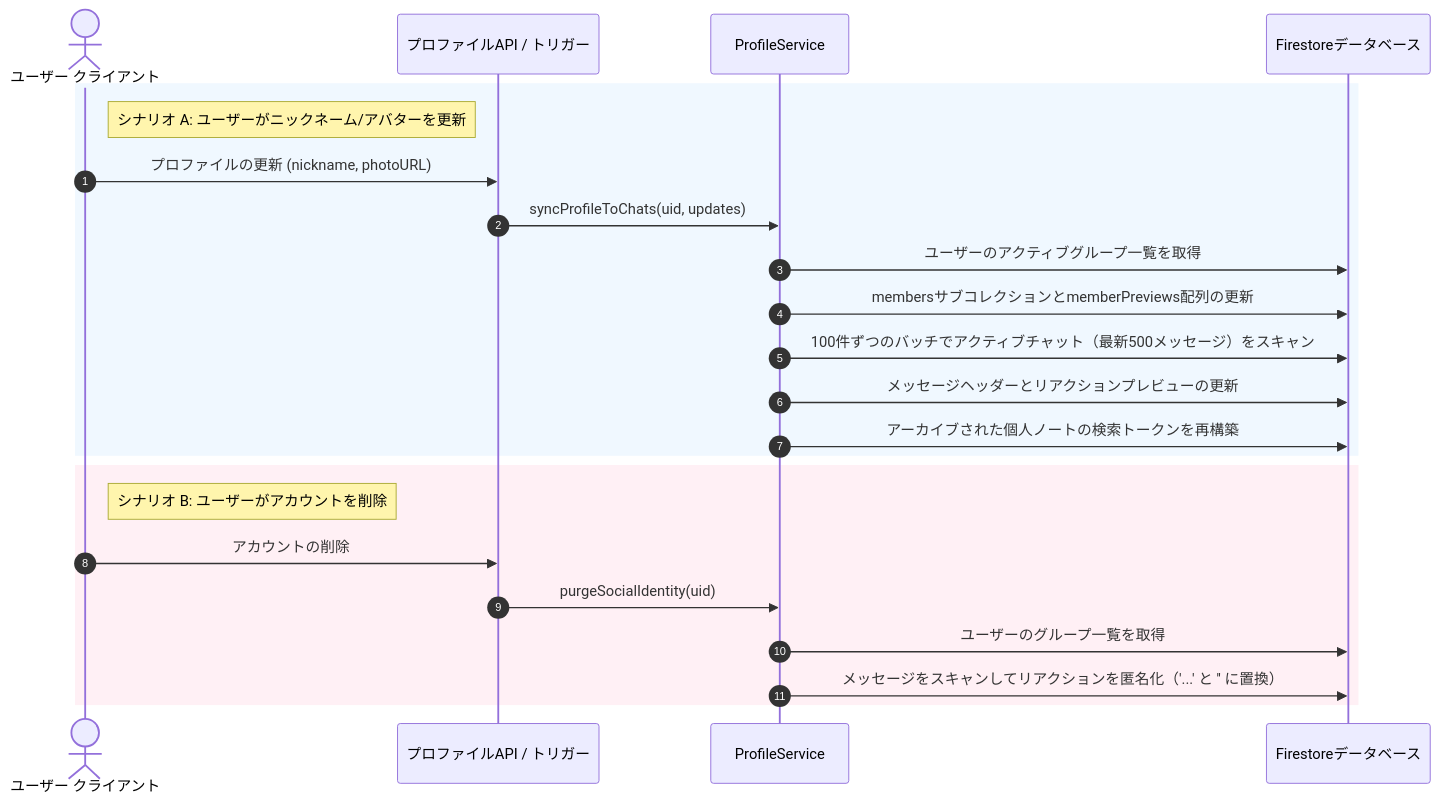
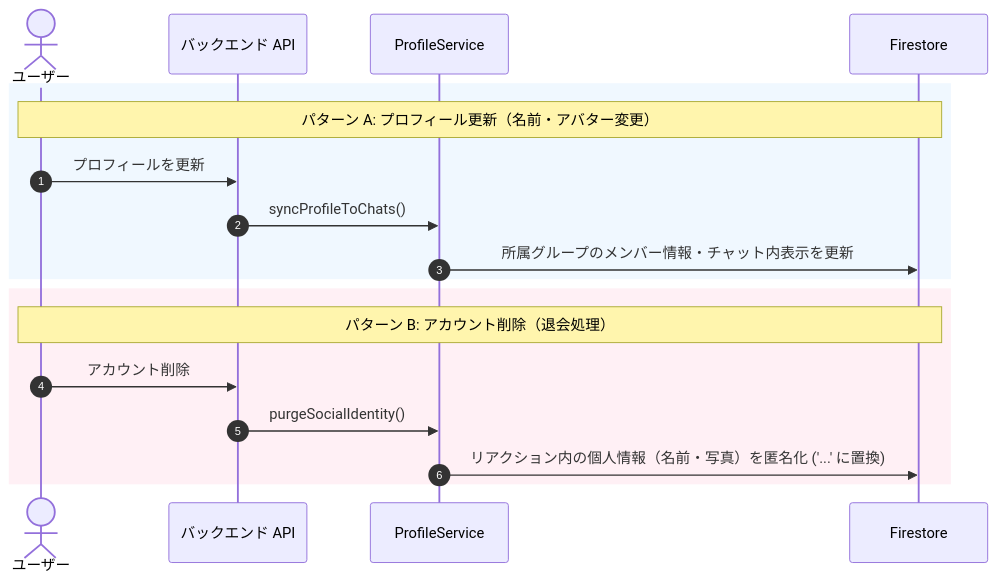
One commit to ScriptureHabit/scripture-habit changed the diagram in docs/ja/profile-sync-anonymization.md. Above: the diagram before and after it, drawn with Mermaid. The commit also changed other lines of this file and 19 other files, not shown here.

````diff
--- a/docs/ja/profile-sync-anonymization.md
+++ b/docs/ja/profile-sync-anonymization.md
@@ -13,27 +11,22 @@
 ```mermaid
 sequenceDiagram
     autonumber
-    actor User as ユーザー クライアント
-    participant API as プロファイルAPI / トリガー
+    actor User as ユーザー
+    participant API as バックエンド API
     participant PS as ProfileService
-    participant DB as Firestoreデータベース
-    
+    participant DB as Firestore
+
     rect rgb(240, 248, 255)
-        note right of User: シナリオ A: ユーザーがニックネーム/アバターを更新
-        User->>API: プロファイルの更新 (nickname, photoURL)
-        API->>PS: syncProfileToChats(uid, updates)
-        PS->>DB: ユーザーのアクティブグループ一覧を取得
-        PS->>DB: membersサブコレクションとmemberPreviews配列の更新
-        PS->>DB: 100件ずつのバッチでアクティブチャット（最新500メッセージ）をスキャン
-        PS->>DB: メッセージヘッダーとリアクションプレビューの更新
-        PS->>DB: アーカイブされた個人ノートの検索トークンを再構築
+        Note over User,DB: パターン A: プロフィール更新（名前・アバター変更）
+        User->>API: プロフィールを更新
+        API->>PS: syncProfileToChats()
+        PS->>DB: 所属グループのメンバー情報・チャット内表示を更新
     end
 
     rect rgb(255, 240, 245)
-        note right of User: シナリオ B: ユーザーがアカウントを削除
-        User->>API: アカウントの削除
-        API->>PS: purgeSocialIdentity(uid)
-        PS->>DB: ユーザーのグループ一覧を取得
-        PS->>DB: メッセージをスキャンしてリアクションを匿名化（'...' と '' に置換）
+        Note over User,DB: パターン B: アカウント削除（退会処理）
+        User->>API: アカウント削除
+        API->>PS: purgeSocialIdentity()
+        PS->>DB: リアクション内の個人情報（名前・写真）を匿名化 ('...' に置換)
     end
 ```
````
